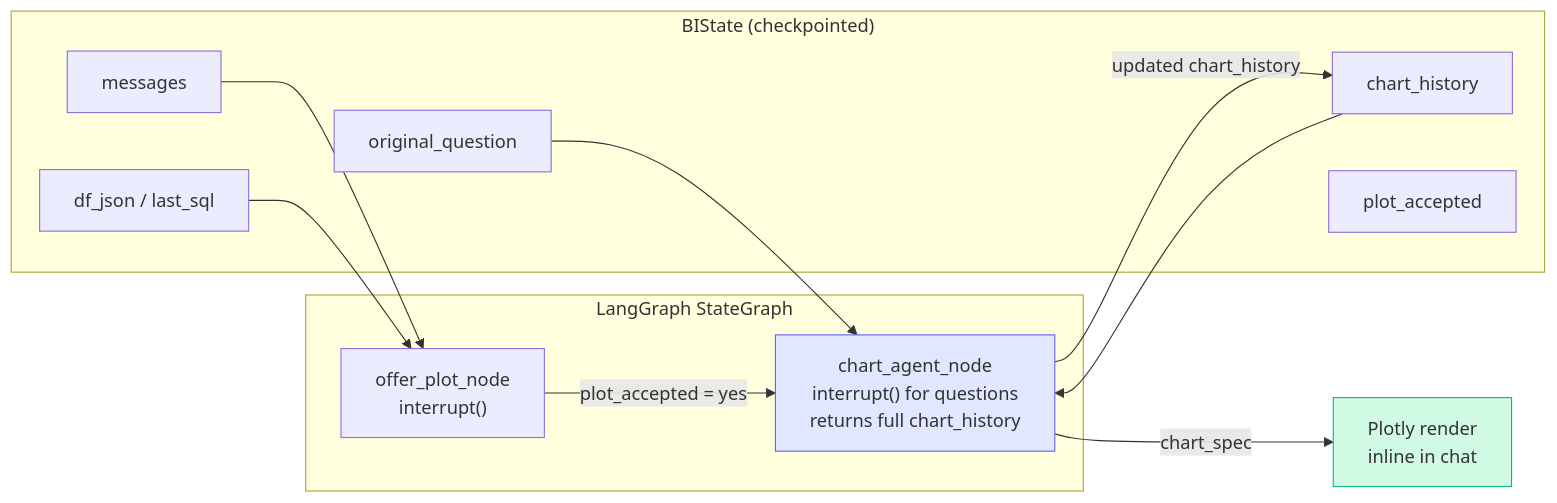
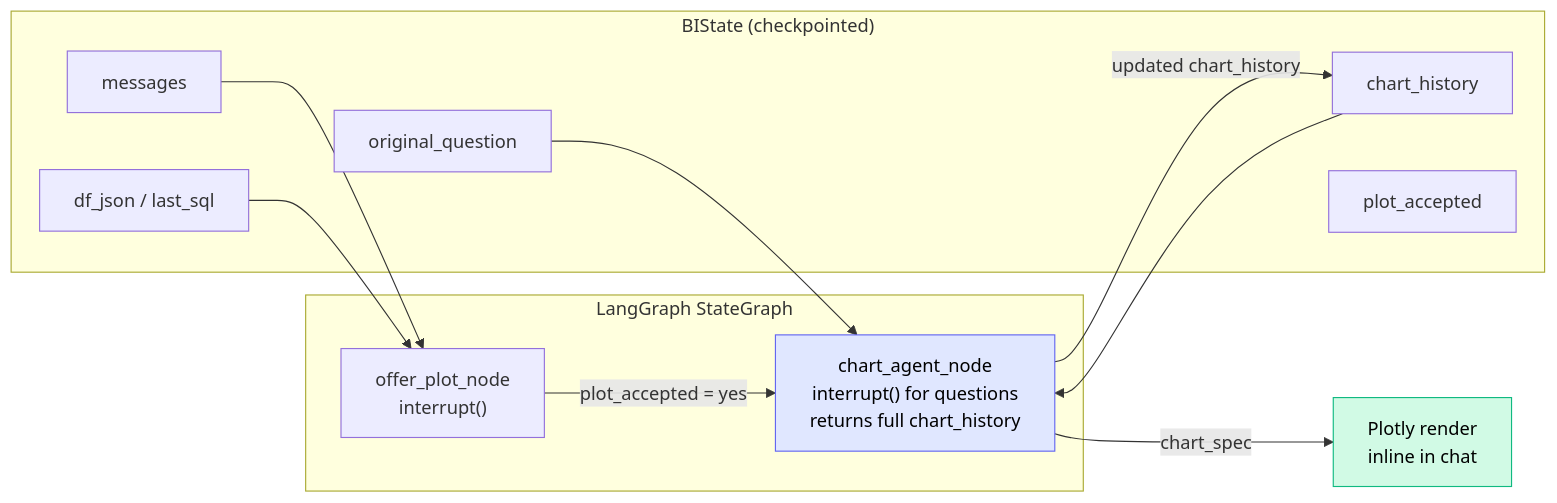
The sixth of 15 diagrams in docs/diagrams/diagrams.md (suryapatnaik1/llm-bi-chat-langgraph), drawn with Mermaid before and after one commit. The commit also changed other lines of this file, not shown here.

Commit message:
color changed for diagrams

````diff
--- a/docs/diagrams/diagrams.md
+++ b/docs/diagrams/diagrams.md
@@ -277,26 +280,26 @@
 ```mermaid
 flowchart LR
     subgraph BIStateBox ["BIState (checkpointed)"]
         MS[messages]
         DF[df_json / last_sql]
         CH[chart_history]
         OQ[original_question]
         PA[plot_accepted]
     end
 
     subgraph Graph ["LangGraph StateGraph"]
         OP["offer_plot_node<br/>interrupt()"]
         CA2["chart_agent_node<br/>interrupt() for questions<br/>returns full chart_history"]
     end
 
     MS --> OP
     DF --> OP
     OP -->|"plot_accepted = yes"| CA2
     CH --> CA2
     OQ --> CA2
     CA2 -->|"updated chart_history"| CH
     CA2 -->|"chart_spec"| RENDER["Plotly render<br/>inline in chat"]
 
-    style CA2 fill:#e0e7ff,stroke:#6366f1
-    style RENDER fill:#d1fae5,stroke:#10b981
+    style CA2 fill:#e0e7ff,stroke:#6366f1,color:#000000
+    style RENDER fill:#d1fae5,stroke:#10b981,color:#000000
 ```
````
